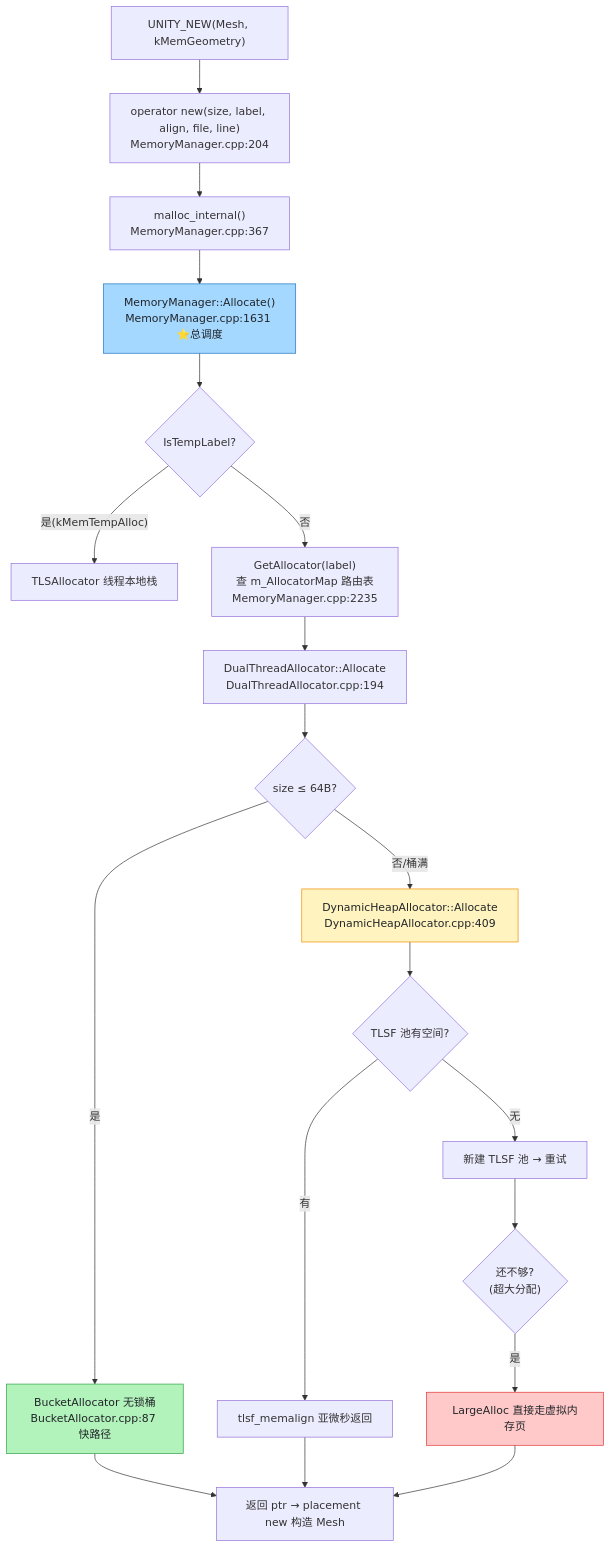
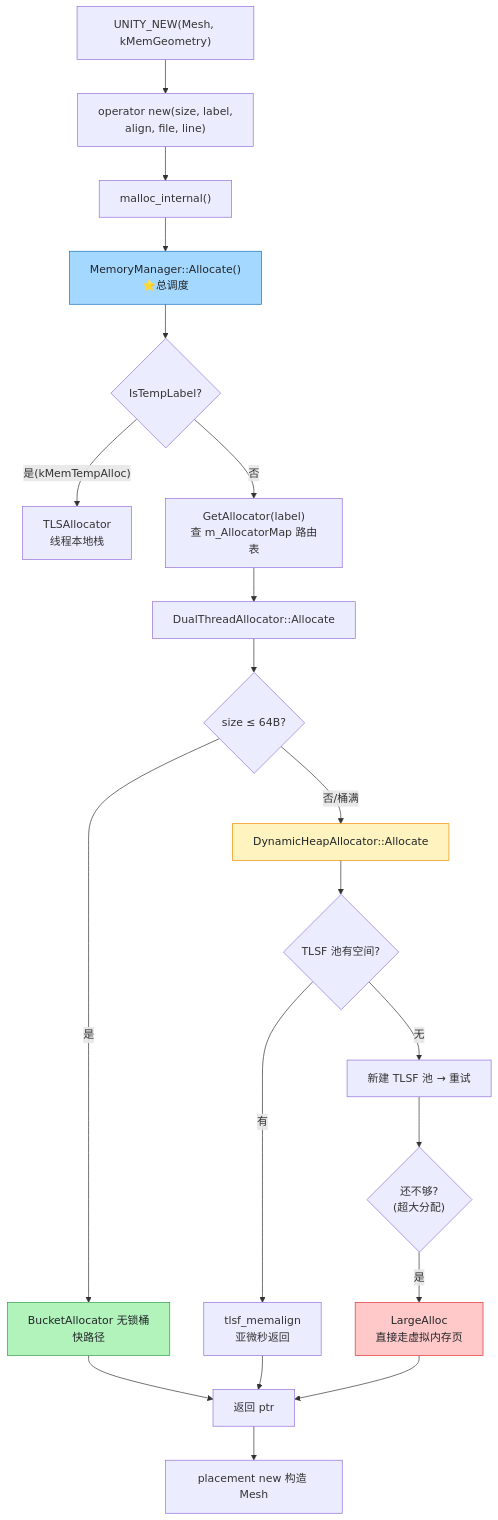
One commit to fankidark/tech-site changed the diagram in docs/unity-memory/allocator-journey.md. Above: the diagram before and after it, drawn with Mermaid. The commit also changed other lines of this file and 13 other files, not shown here.

First line of the commit message:
fix(diagram): 修复流程图节点内容显示不全 —— 宽度从最差 0.18 缩放到 0.72

````diff
--- a/docs/unity-memory/allocator-journey.md
+++ b/docs/unity-memory/allocator-journey.md
@@ -62,23 +62,26 @@
 ```mermaid
 flowchart TB
-    A["UNITY_NEW(Mesh, kMemGeometry)"] --> B["operator new(size, label, align, file, line)<br/>MemoryManager.cpp:204"]
-    B --> C["malloc_internal()<br/>MemoryManager.cpp:367"]
-    C --> D["MemoryManager::Allocate()<br/>MemoryManager.cpp:1631 ⭐总调度"]
+    A["UNITY_NEW(Mesh, kMemGeometry)"] --> B["operator new(size, label,<br/>align, file, line)"]
+    B --> C["malloc_internal()"]
+    C --> D["MemoryManager::Allocate()<br/>⭐总调度"]
     D --> E{"IsTempLabel?"}
-    E -->|"是(kMemTempAlloc)"| F["TLSAllocator 线程本地栈"]
-    E -->|"否"| G["GetAllocator(label)<br/>查 m_AllocatorMap 路由表<br/>MemoryManager.cpp:2235"]
-    G --> H["DualThreadAllocator::Allocate<br/>DualThreadAllocator.cpp:194"]
+    E -->|"是(kMemTempAlloc)"| F["TLSAllocator<br/>线程本地栈"]
+    E -->|"否"| G["GetAllocator(label)<br/>查 m_AllocatorMap 路由表"]
+    G --> H["DualThreadAllocator::Allocate"]
     H --> I{"size ≤ 64B?"}
-    I -->|"是"| J["BucketAllocator 无锁桶<br/>BucketAllocator.cpp:87 快路径"]
-    I -->|"否/桶满"| K["DynamicHeapAllocator::Allocate<br/>DynamicHeapAllocator.cpp:409"]
+    I -->|"是"| J["BucketAllocator 无锁桶<br/>快路径"]
+    I -->|"否/桶满"| K["DynamicHeapAllocator::Allocate"]
     K --> L{"TLSF 池有空间?"}
-    L -->|"有"| M["tlsf_memalign 亚微秒返回"]
+    L -->|"有"| M["tlsf_memalign<br/>亚微秒返回"]
     L -->|"无"| N["新建 TLSF 池 → 重试"]
     N --> O{"还不够?<br/>(超大分配)"}
-    O -->|"是"| P["LargeAlloc 直接走虚拟内存页"]
-    J & M & P --> Q["返回 ptr → placement new 构造 Mesh"]
+    O -->|"是"| P["LargeAlloc<br/>直接走虚拟内存页"]
+    J --> Q["返回 ptr"]
+    M --> Q
+    P --> Q
+    Q --> R["placement new 构造 Mesh"]
     style D fill:#a5d8ff,stroke:#1971c2,color:#212529
     style J fill:#b2f2bb,stroke:#2f9e44,color:#212529
     style K fill:#fff3bf,stroke:#f08c00,color:#212529
     style P fill:#ffc9c9,stroke:#e03131,color:#212529
 ```
````
